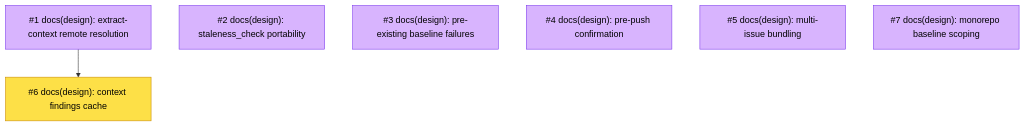
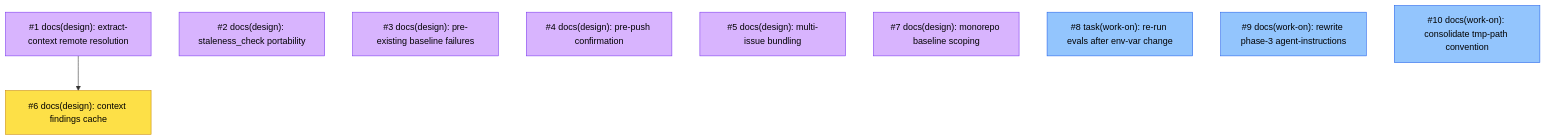
Before and after one commit to tsukumogami/shirabe: the diagram in docs/plans/PLAN-work-on-friction-fixes.md, drawn with Mermaid. The commit also changed other lines of this file, not shown here.

````diff
--- a/docs/plans/PLAN-work-on-friction-fixes.md
+++ b/docs/plans/PLAN-work-on-friction-fixes.md
@@ -193,25 +257,29 @@
 ```mermaid
 graph TD
   I1["#1 docs(design): extract-context remote resolution"]
   I2["#2 docs(design): staleness_check portability"]
   I3["#3 docs(design): pre-existing baseline failures"]
   I4["#4 docs(design): pre-push confirmation"]
   I5["#5 docs(design): multi-issue bundling"]
   I6["#6 docs(design): context findings cache"]
   I7["#7 docs(design): monorepo baseline scoping"]
+  I8["#8 task(work-on): re-run evals after env-var change"]
+  I9["#9 docs(work-on): rewrite phase-3 agent-instructions"]
+  I10["#10 docs(work-on): consolidate tmp-path convention"]
 
   I1 --> I6
 
   classDef done fill:#86efac,stroke:#16a34a,color:#000
   classDef ready fill:#93c5fd,stroke:#2563eb,color:#000
   classDef blocked fill:#fde047,stroke:#ca8a04,color:#000
   classDef needsDesign fill:#d8b4fe,stroke:#7c3aed,color:#000
   classDef needsPrd fill:#fdba74,stroke:#ea580c,color:#000
   classDef needsSpike fill:#f9a8d4,stroke:#db2777,color:#000
   classDef needsDecision fill:#a5f3fc,stroke:#0891b2,color:#000
   classDef tracksDesign fill:#e9d5ff,stroke:#7c3aed,color:#000
   classDef tracksPlan fill:#bfdbfe,stroke:#3b82f6,color:#000
 
   class I1,I2,I3,I4,I5,I7 needsDesign
   class I6 blocked
+  class I8,I9,I10 ready
 ```
````
